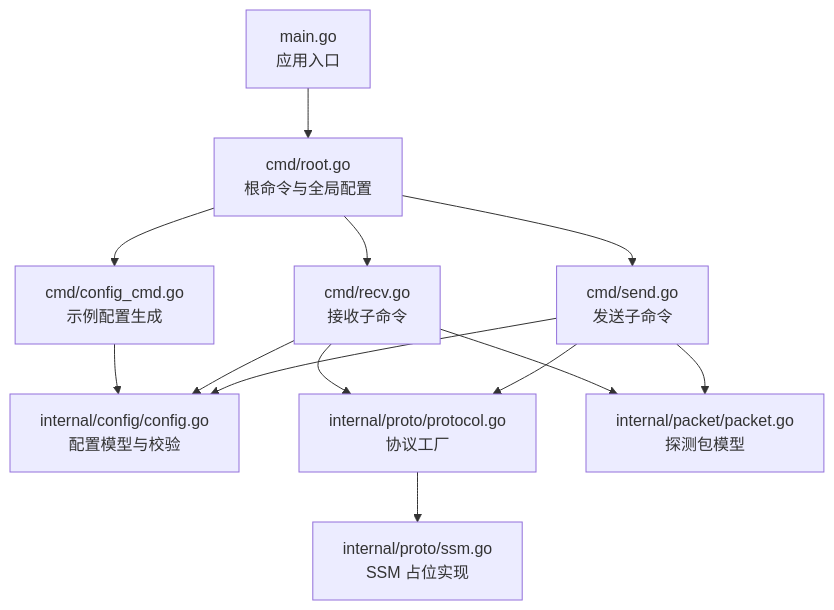
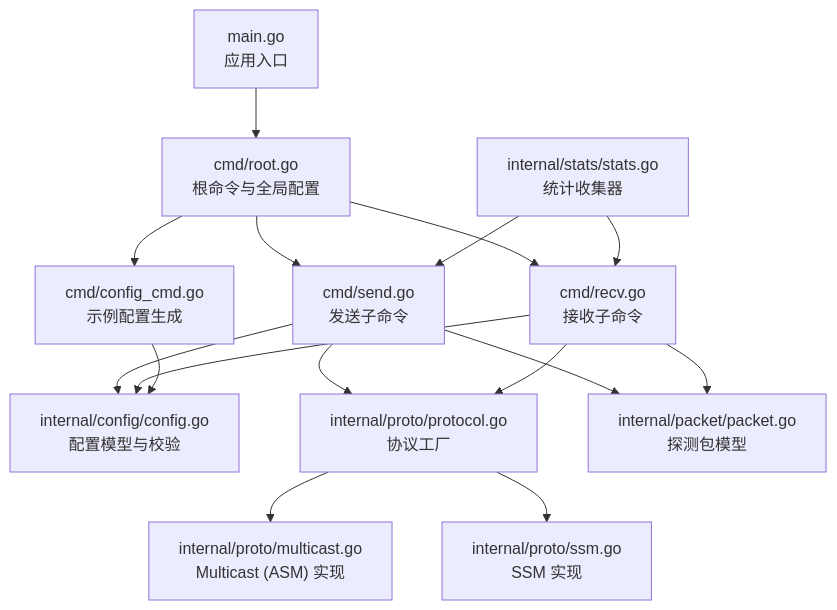
The first of 8 diagrams in .qoder/repowiki/zh/content/网络协议支持/组播协议测试.md (yanzhen74/ping-x), drawn with Mermaid before and after one commit. The commit also changed other lines of this file and 16 other files, not shown here.

````diff
--- a/.qoder/repowiki/zh/content/网络协议支持/组播协议测试.md
+++ b/.qoder/repowiki/zh/content/网络协议支持/组播协议测试.md
@@ -40,15 +50,18 @@
 ```mermaid
 graph TB
 A["main.go<br/>应用入口"] --> B["cmd/root.go<br/>根命令与全局配置"]
 B --> C["cmd/send.go<br/>发送子命令"]
 B --> D["cmd/recv.go<br/>接收子命令"]
 B --> E["cmd/config_cmd.go<br/>示例配置生成"]
 C --> F["internal/config/config.go<br/>配置模型与校验"]
 D --> F
 E --> F
 C --> G["internal/proto/protocol.go<br/>协议工厂"]
 D --> G
-G --> H["internal/proto/ssm.go<br/>SSM 占位实现"]
-C --> I["internal/packet/packet.go<br/>探测包模型"]
-D --> I
+G --> H["internal/proto/multicast.go<br/>Multicast (ASM) 实现"]
+G --> I["internal/proto/ssm.go<br/>SSM 实现"]
+C --> J["internal/packet/packet.go<br/>探测包模型"]
+D --> J
+K["internal/stats/stats.go<br/>统计收集器"] --> C
+K --> D
 ```
````
